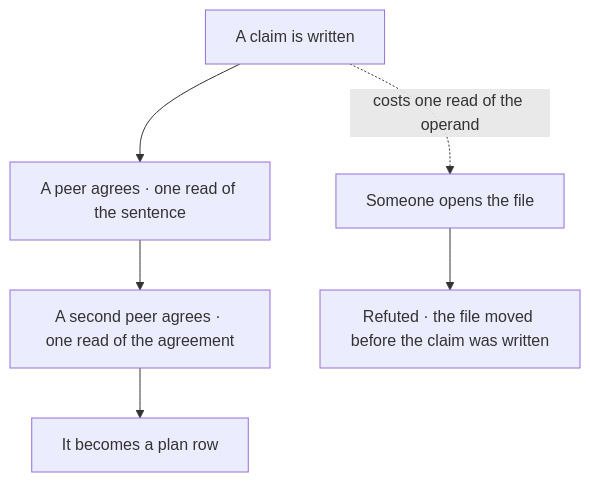
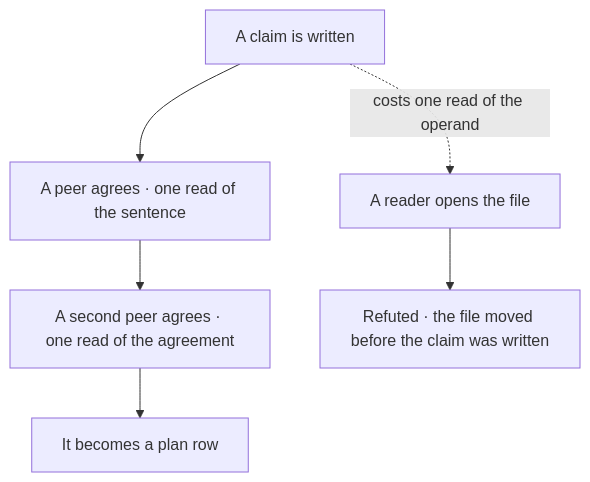
One commit to Varietyz/Disciplined-AI-Software-Development changed the fifth of 15 diagrams in START.md. Above: the diagram before and after it, drawn with Mermaid. The commit also changed other lines of this file and 25 other files, not shown here.

````diff
--- a/START.md
+++ b/START.md
@@ -161,11 +155,11 @@
 ```mermaid
 flowchart TB
 claim["A claim is written"]
 agree1["A peer agrees · one read of the sentence"]
 agree2["A second peer agrees · one read of the agreement"]
 plan["It becomes a plan row"]
-open["Someone opens the file"]
+open["A reader opens the file"]
 refuted["Refuted · the file moved before the claim was written"]
 claim --> agree1 --> agree2 --> plan
 claim -. costs one read of the operand .-> open --> refuted
 ```
````
